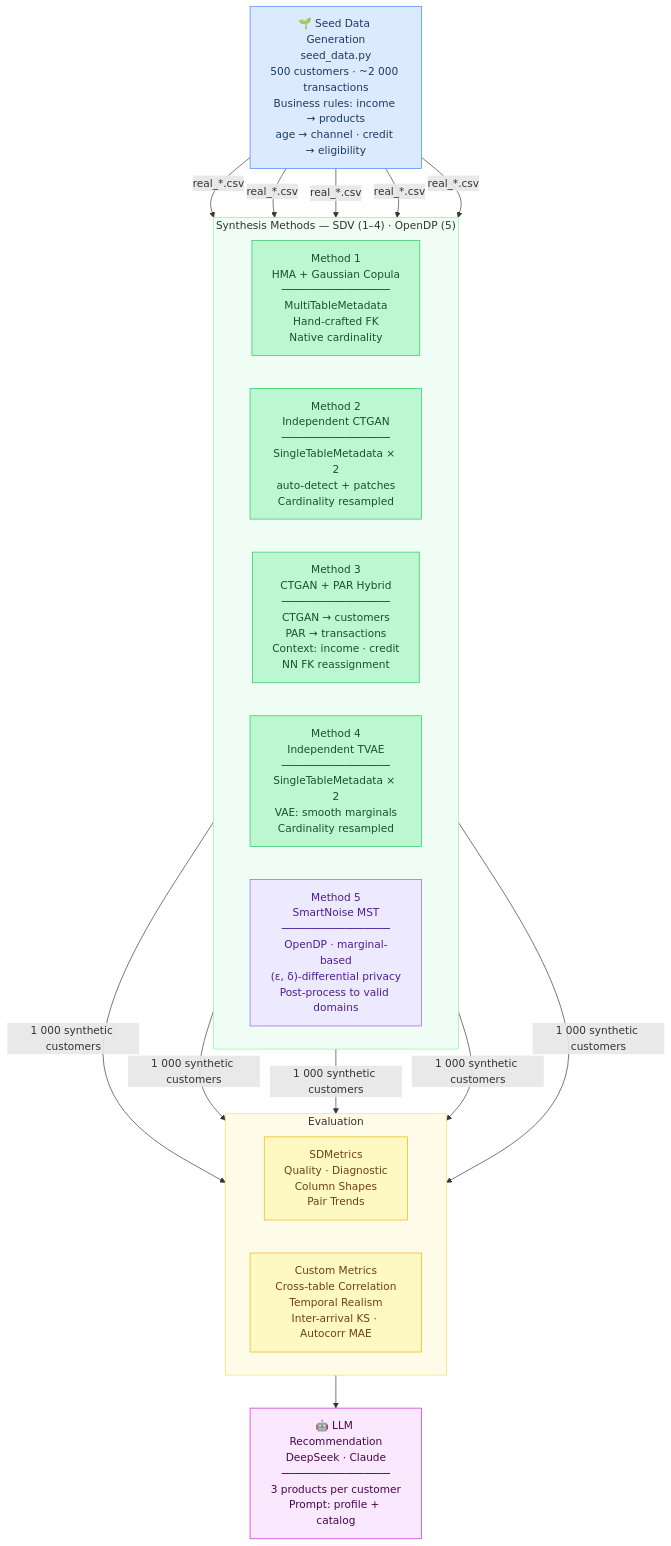
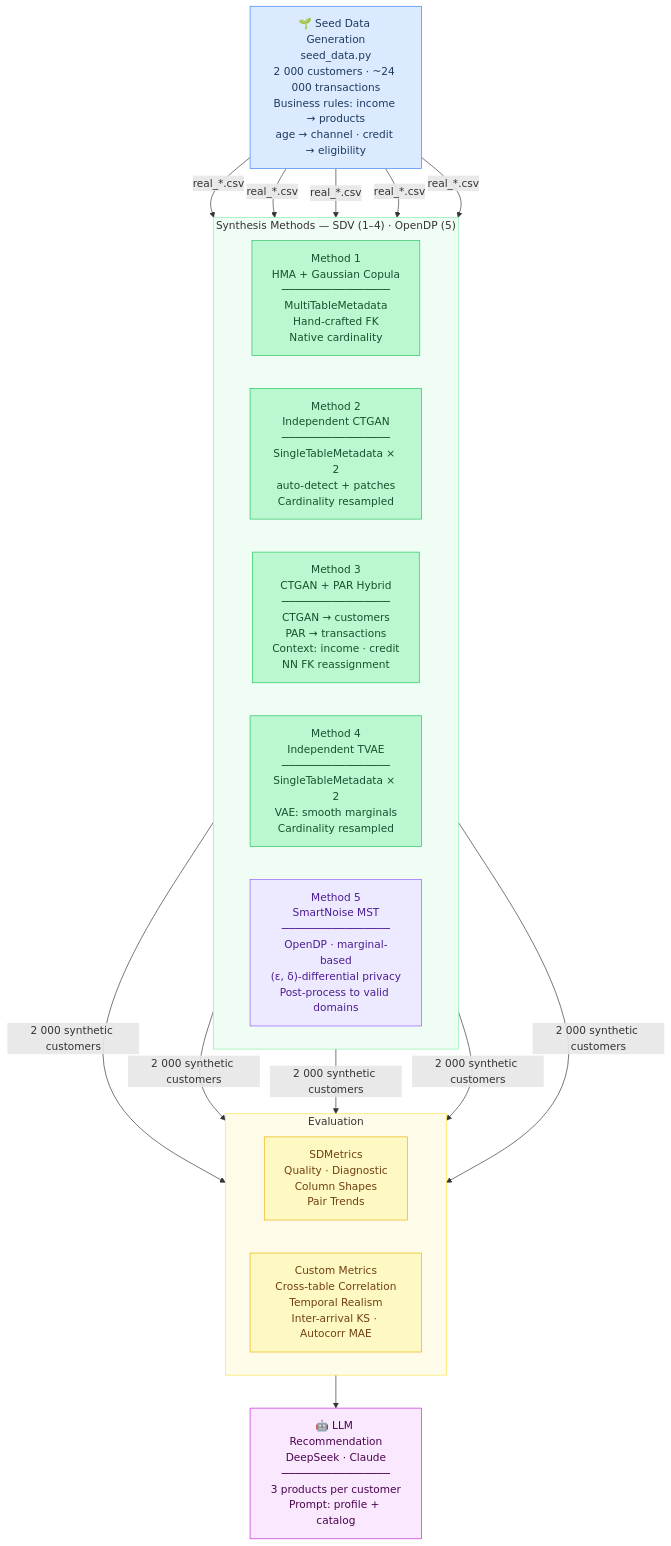
Before and after one commit to dylanwang2111/synthetic_data_gen: the diagram in README.md, drawn with Mermaid. The commit also changed other lines of this file and 37 other files, not shown here.

````diff
--- a/README.md
+++ b/README.md
@@ -11,47 +11,47 @@
 ```mermaid
 flowchart TD
-    seed["🌱 Seed Data Generation\nseed_data.py\n500 customers · ~2 000 transactions\nBusiness rules: income → products\nage → channel · credit → eligibility"]
+    seed["🌱 Seed Data Generation\nseed_data.py\n2 000 customers · ~24 000 transactions\nBusiness rules: income → products\nage → channel · credit → eligibility"]
 
     seed -->|real_*.csv| m1
     seed -->|real_*.csv| m2
     seed -->|real_*.csv| m3
     seed -->|real_*.csv| m4
     seed -->|real_*.csv| m5
 
     subgraph methods["Synthesis Methods — SDV (1–4) · OpenDP (5)"]
         direction LR
         m1["Method 1\nHMA + Gaussian Copula\n─────────────────\nMultiTableMetadata\nHand-crafted FK\nNative cardinality"]
         m2["Method 2\nIndependent CTGAN\n─────────────────\nSingleTableMetadata × 2\nauto-detect + patches\nCardinality resampled"]
         m3["Method 3\nCTGAN + PAR Hybrid\n─────────────────\nCTGAN → customers\nPAR → transactions\nContext: income · credit\nNN FK reassignment"]
         m4["Method 4\nIndependent TVAE\n─────────────────\nSingleTableMetadata × 2\nVAE: smooth marginals\nCardinality resampled"]
         m5["Method 5\nSmartNoise MST\n─────────────────\nOpenDP · marginal-based\n(ε, δ)-differential privacy\nPost-process to valid domains"]
     end
 
-    m1 -->|1 000 synthetic customers| eval
-    m2 -->|1 000 synthetic customers| eval
-    m3 -->|1 000 synthetic customers| eval
-    m4 -->|1 000 synthetic customers| eval
-    m5 -->|1 000 synthetic customers| eval
+    m1 -->|2 000 synthetic customers| eval
+    m2 -->|2 000 synthetic customers| eval
+    m3 -->|2 000 synthetic customers| eval
+    m4 -->|2 000 synthetic customers| eval
+    m5 -->|2 000 synthetic customers| eval
 
     subgraph eval["Evaluation"]
         direction LR
         e1["SDMetrics\nQuality · Diagnostic\nColumn Shapes\nPair Trends"]
         e2["Custom Metrics\nCross-table Correlation\nTemporal Realism\nInter-arrival KS · Autocorr MAE"]
     end
 
     eval --> llm
 
     llm["🤖 LLM Recommendation\nDeepSeek · Claude\n─────────────────\n3 products per customer\nPrompt: profile + catalog"]
 
     style seed fill:#dbeafe,stroke:#3b82f6,color:#1e3a5f
     style methods fill:#f0fdf4,stroke:#86efac
     style m1 fill:#bbf7d0,stroke:#22c55e,color:#14532d
     style m2 fill:#bbf7d0,stroke:#22c55e,color:#14532d
     style m3 fill:#bbf7d0,stroke:#22c55e,color:#14532d
     style m4 fill:#bbf7d0,stroke:#22c55e,color:#14532d
     style m5 fill:#ede9fe,stroke:#8b5cf6,color:#4c1d95
     style eval fill:#fefce8,stroke:#fde047
     style e1 fill:#fef9c3,stroke:#eab308,color:#713f12
     style e2 fill:#fef9c3,stroke:#eab308,color:#713f12
     style llm fill:#fae8ff,stroke:#c026d3,color:#4a044e
 ```
````
